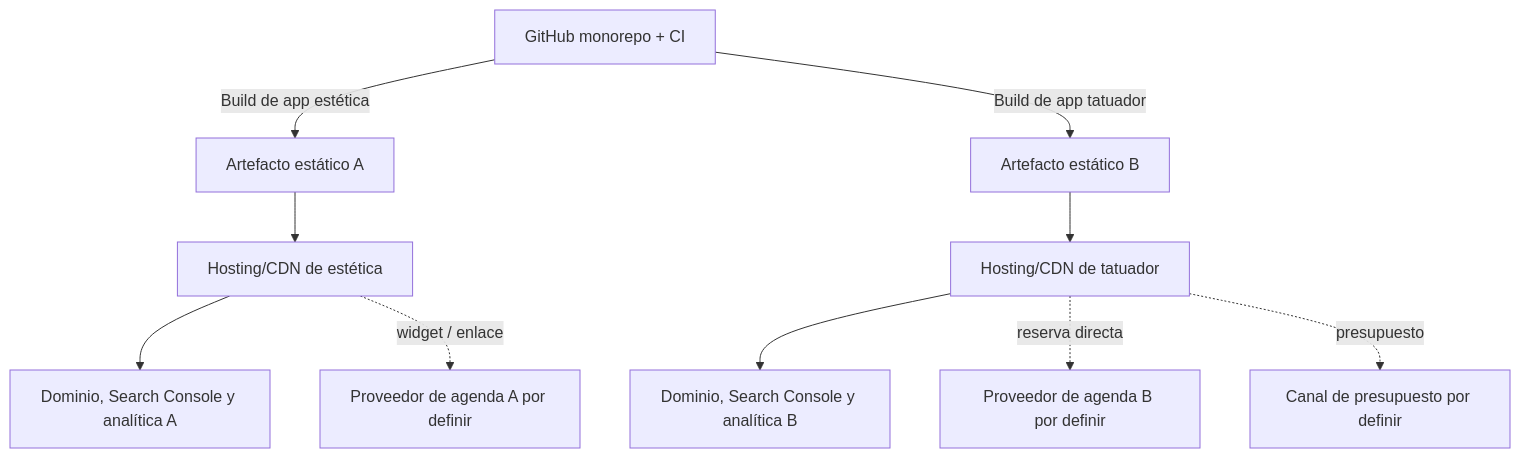
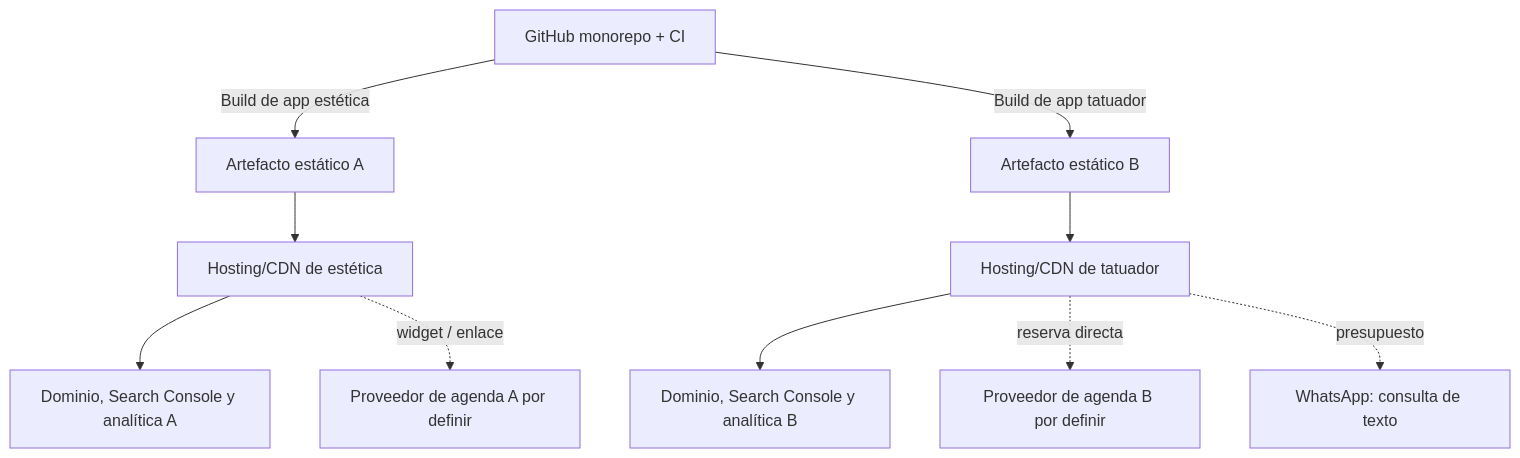
Before and after one commit to Gonzalo-Linares/Littzite: the fourth of 4 diagrams in docs/02-architecture.md, drawn with Mermaid. The commit also changed other lines of this file and 18 other files, not shown here.

````diff
--- a/docs/02-architecture.md
+++ b/docs/02-architecture.md
@@ -109,13 +110,13 @@
 ```mermaid
 flowchart TB
   GH[GitHub monorepo + CI]
   GH -->|Build de app estética| A[Artefacto estático A]
   GH -->|Build de app tatuador| B[Artefacto estático B]
   A --> CDN1[Hosting/CDN de estética]
   B --> CDN2[Hosting/CDN de tatuador]
   CDN1 --> DA[Dominio, Search Console y analítica A]
   CDN2 --> DB[Dominio, Search Console y analítica B]
   CDN1 -. widget / enlace .-> BA[Proveedor de agenda A por definir]
   CDN2 -. reserva directa .-> BB[Proveedor de agenda B por definir]
-  CDN2 -. presupuesto .-> QC[Canal de presupuesto por definir]
+  CDN2 -. presupuesto .-> QC[WhatsApp: consulta de texto]
 ```
````
